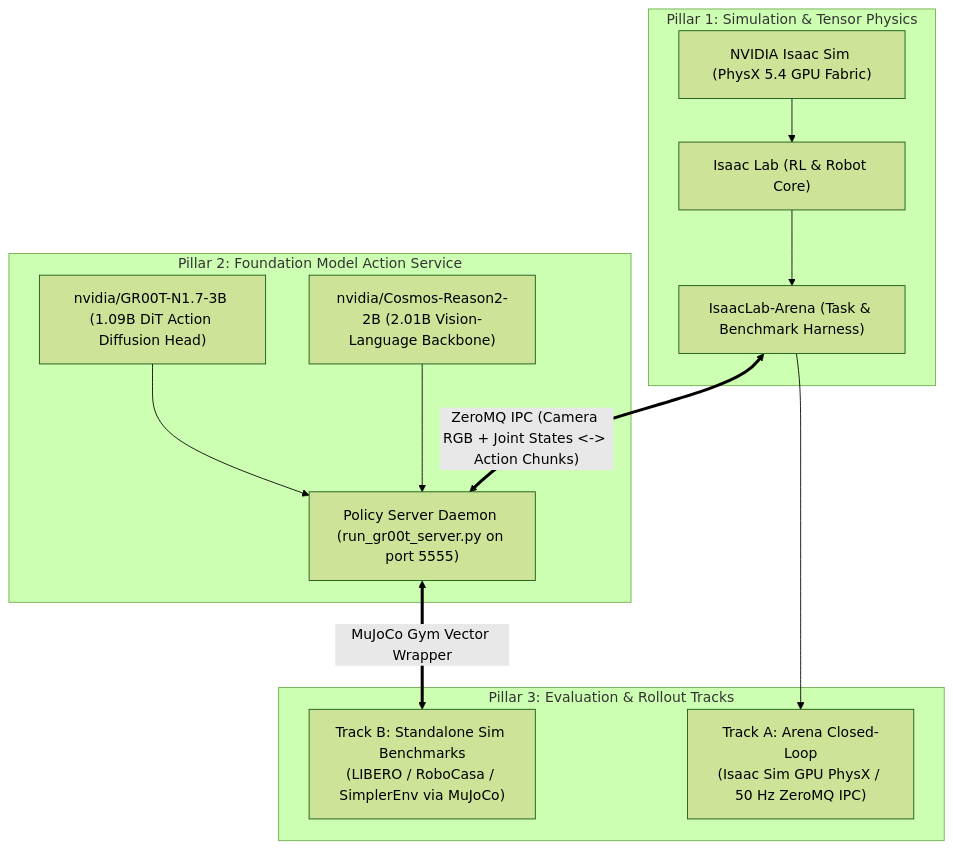
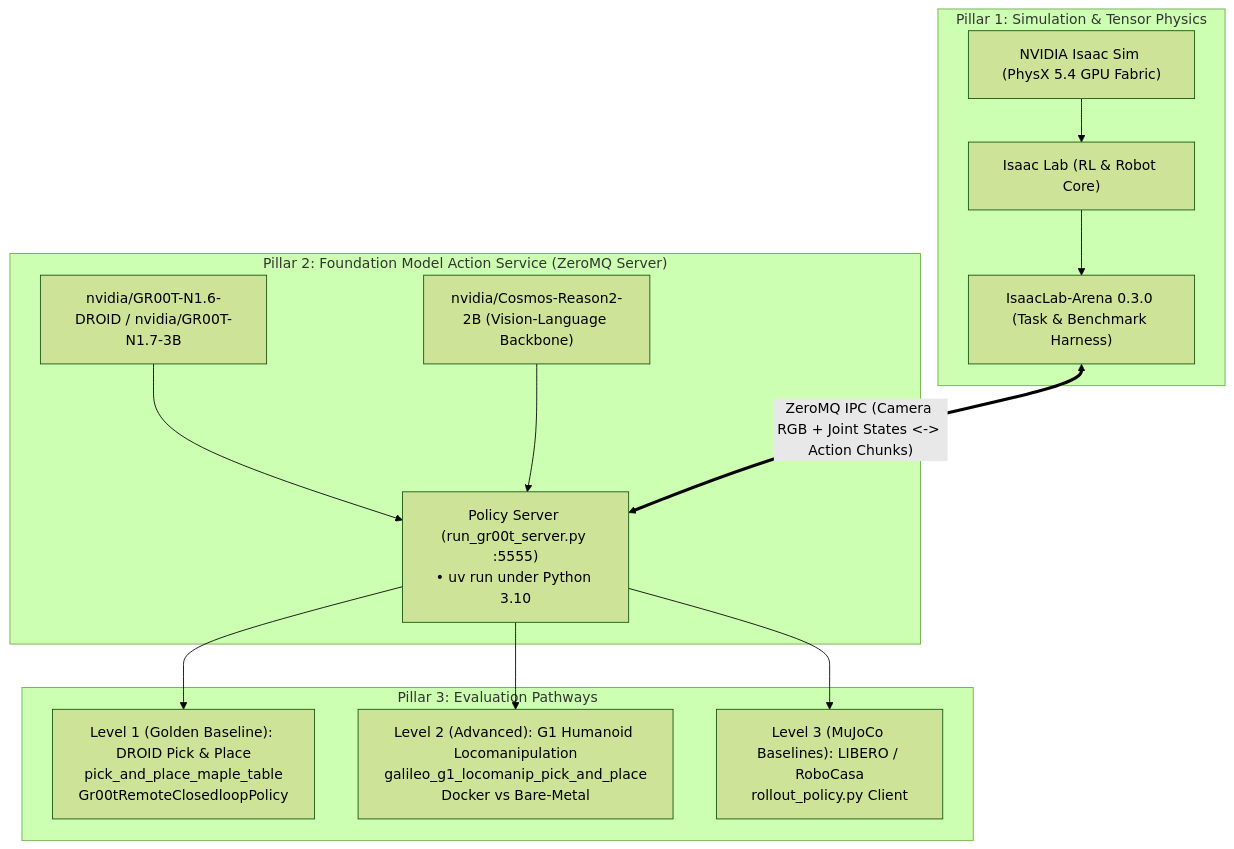
The first of 4 diagrams in .agents/references/docs/debugging_arena_gr00t.md (boredengineering/IsaacAutomator), drawn with Mermaid (forest theme) before and after one commit. The commit also changed other lines of this file, not shown here.

Commit message:
docs: update debugging_arena_gr00t.md with canonical bottom-up DROID baseline and Docker paradigm analysis

````diff
--- a/.agents/references/docs/debugging_arena_gr00t.md
+++ b/.agents/references/docs/debugging_arena_gr00t.md
@@ -13,25 +13,25 @@
 ```mermaid
 flowchart TD
     subgraph PILLAR_1 ["Pillar 1: Simulation & Tensor Physics"]
         SIM["NVIDIA Isaac Sim (PhysX 5.4 GPU Fabric)"]
         LAB["Isaac Lab (RL & Robot Core)"]
-        ARENA["IsaacLab-Arena (Task & Benchmark Harness)"]
+        ARENA["IsaacLab-Arena 0.3.0 (Task & Benchmark Harness)"]
         SIM --> LAB --> ARENA
     end
 
-    subgraph PILLAR_2 ["Pillar 2: Foundation Model Action Service"]
-        GR00T_WEIGHTS["nvidia/GR00T-N1.7-3B (1.09B DiT Action Diffusion Head)"]
-        COSMOS_WEIGHTS["nvidia/Cosmos-Reason2-2B (2.01B Vision-Language Backbone)"]
-        GR00T_SRV["Policy Server Daemon (run_gr00t_server.py on port 5555)"]
+    subgraph PILLAR_2 ["Pillar 2: Foundation Model Action Service (ZeroMQ Server)"]
+        GR00T_WEIGHTS["nvidia/GR00T-N1.6-DROID / nvidia/GR00T-N1.7-3B"]
+        COSMOS_WEIGHTS["nvidia/Cosmos-Reason2-2B (Vision-Language Backbone)"]
+        GR00T_SRV["Policy Server (run_gr00t_server.py :5555)\n• uv run under Python 3.10"]
         GR00T_WEIGHTS & COSMOS_WEIGHTS --> GR00T_SRV
     end
 
-    subgraph PILLAR_3 ["Pillar 3: Evaluation & Rollout Tracks"]
-        TRACK_A["Track A: Arena Closed-Loop\n(Isaac Sim GPU PhysX / 50 Hz ZeroMQ IPC)"]
-        TRACK_B["Track B: Standalone Sim Benchmarks\n(LIBERO / RoboCasa / SimplerEnv via MuJoCo)"]
+    subgraph PILLAR_3 ["Pillar 3: Evaluation Pathways"]
+        PATH_CANONICAL["Level 1 (Golden Baseline): DROID Pick & Place\npick_and_place_maple_table\nGr00tRemoteClosedloopPolicy"]
+        PATH_LOCOMANIP["Level 2 (Advanced): G1 Humanoid Locomanipulation\ngalileo_g1_locomanip_pick_and_place\nDocker vs Bare-Metal"]
+        PATH_MUJOCO["Level 3 (MuJoCo Baselines): LIBERO / RoboCasa\nrollout_policy.py Client"]
     end
 
     ARENA <== "ZeroMQ IPC (Camera RGB + Joint States <-> Action Chunks)" ==> GR00T_SRV
-    GR00T_SRV <== "MuJoCo Gym Vector Wrapper" ==> TRACK_B
-    ARENA --> TRACK_A
+    GR00T_SRV --> PATH_CANONICAL & PATH_LOCOMANIP & PATH_MUJOCO
 ```
````
